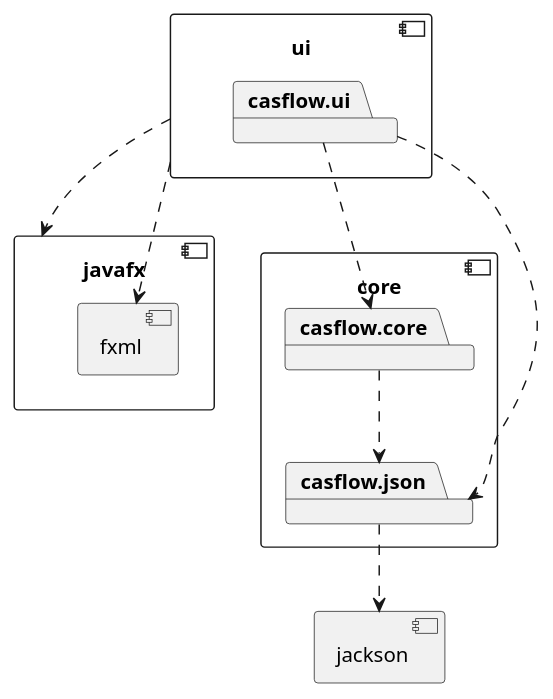
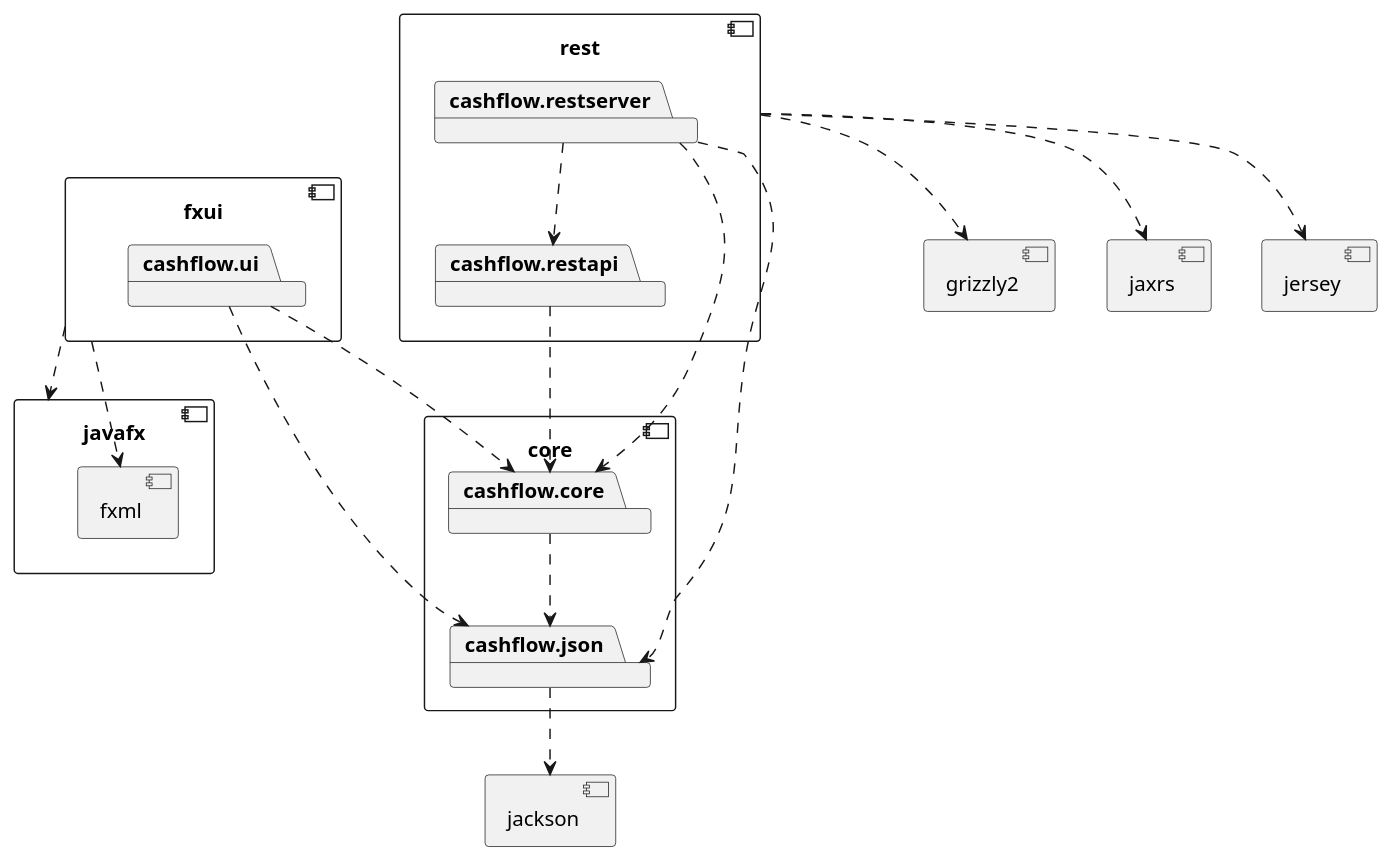
Before and after one commit to hansjhaland/CashFlow_RESTapi_JavaFX: the diagram in cash-flow/Arkitektur.puml, drawn with PlantUML.

Commit message:
Laget pakkediagram

```diff
--- a/cash-flow/Arkitektur.puml
+++ b/cash-flow/Arkitektur.puml
@@ -1,30 +1,55 @@
 @startuml
 
+component core {
+	package cashflow.core
+	package cashflow.json
+}
 
+cashflow.core ..> cashflow.json
 component jackson {
 }
 
-component core {
-	package casflow.core
-	package casflow.json
+cashflow.json ..> jackson
+
+component fxui {
+	package cashflow.ui
+
 }
 
-casflow.core ..> casflow.json
-casflow.json ..> jackson
-
-component ui {
-	package casflow.ui
-}
-
-casflow.ui ..> casflow.core
-casflow.ui ..> casflow.json
+cashflow.ui ..> cashflow.core
+cashflow.ui ..> cashflow.json
 
 component javafx {
 	component fxml {
 	}
 }
 
-ui ..> javafx
-ui ..> fxml
+fxui ..> javafx
+fxui ..> fxml
+
+component jaxrs {
+}
+
+component rest {
+	package cashflow.restapi
+	package cashflow.restserver
+}
+
+rest ..> jaxrs
+
+cashflow.restapi ..> cashflow.core
+
+cashflow.restserver ..> cashflow.core
+cashflow.restserver ..> cashflow.json
+cashflow.restserver ..> cashflow.restapi
+
+component jersey {
+}
+
+component grizzly2 {
+}
+
+rest ..> jersey
+rest ..> grizzly2
 
 @enduml
```
